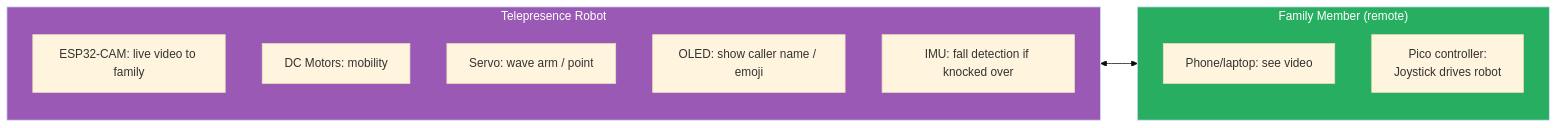
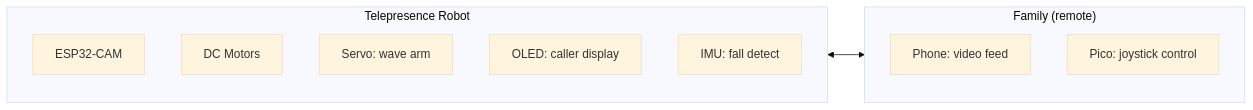
One commit to doyun-gu/hack-a-bot-2026 changed diagram 13 of 13 in docs/idea-shortlist-v2.md. Above: the diagram before and after it, drawn with Mermaid (base theme). The commit also changed other lines of this file and 3 other files, not shown here.

First line of the commit message:
Clean up diagrams + add EEE theory + ventilation application

````diff
--- a/docs/idea-shortlist-v2.md
+++ b/docs/idea-shortlist-v2.md
@@ -558,20 +503,17 @@
 ```mermaid
 graph LR
     subgraph ROBOT["Telepresence Robot"]
-        CAM2["ESP32-CAM: live video to family"]
-        WHEELS["DC Motors: mobility"]
-        SERVO2["Servo: wave arm / point"]
-        OLED2["OLED: show caller name / emoji"]
-        IMU2["IMU: fall detection if knocked over"]
+        R1[ESP32-CAM]
+        R2[DC Motors]
+        R3[Servo: wave arm]
+        R4[OLED: caller display]
+        R5[IMU: fall detect]
     end
 
-    subgraph FAMILY["Family Member (remote)"]
-        PHONE2["Phone/laptop: see video"]
-        CTRL2["Pico controller:<br/>Joystick drives robot"]
+    subgraph FAM["Family (remote)"]
+        F1[Phone: video feed]
+        F2[Pico: joystick control]
     end
 
-    ROBOT <--> FAMILY
-
-    style ROBOT fill:#9b59b6,color:#fff
-    style FAMILY fill:#27ae60,color:#fff
+    ROBOT <--> FAM
 ```
````
